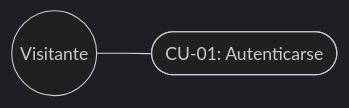
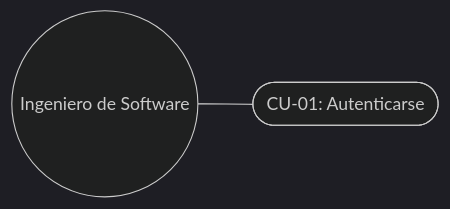
The fourth of 12 diagrams in Documentacion_Segundo_Parcial/01_Requisitos_y_Proceso.md (juandani11/case-tool-colaborativo), drawn with Mermaid (dark theme) before and after one commit. The commit also changed other lines of this file and 20 other files, not shown here.

````diff
--- a/Documentacion_Segundo_Parcial/01_Requisitos_y_Proceso.md
+++ b/Documentacion_Segundo_Parcial/01_Requisitos_y_Proceso.md
@@ -221,4 +207,4 @@
 ```mermaid
 flowchart LR
-    V((Visitante)) --- CU01([CU-01: Autenticarse])
+    I((Ingeniero de Software)) --- CU01([CU-01: Autenticarse])
 ```
````
